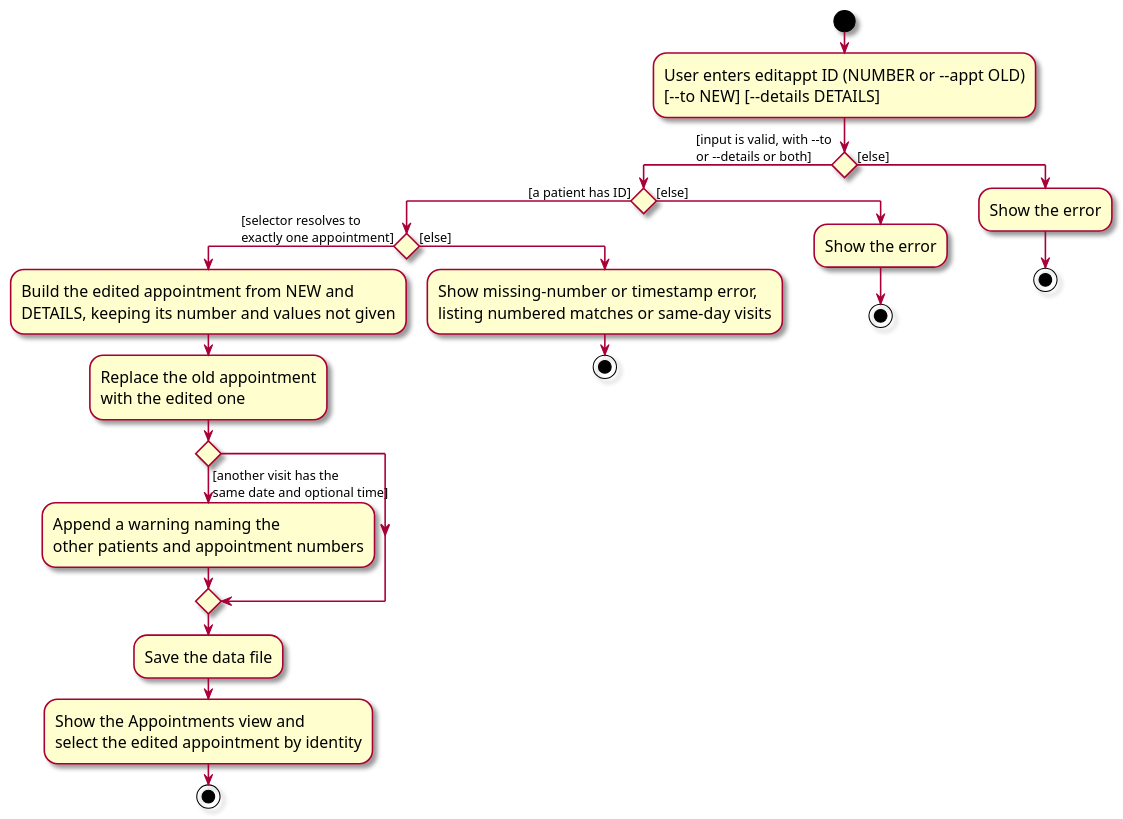
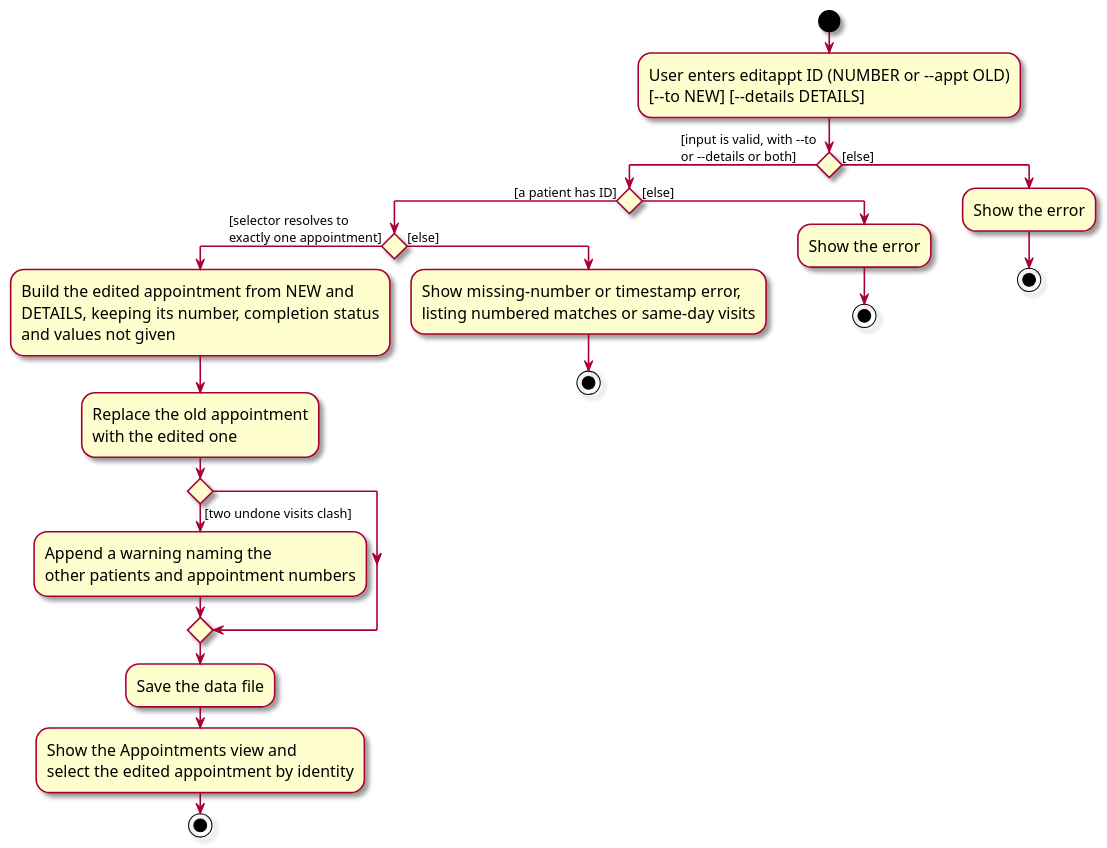
The diagram in docs/diagrams/EditAppointmentActivityDiagram.puml (AY2627S1-CS2103T-F08-2/tp), drawn with PlantUML before and after one commit. The commit also changed 32 other files, not shown here.

```diff
--- a/docs/diagrams/EditAppointmentActivityDiagram.puml
+++ b/docs/diagrams/EditAppointmentActivityDiagram.puml
@@ -1,43 +1,43 @@
 @startuml
 skin rose
 skinparam ActivityFontSize 15
 skinparam ArrowFontSize 12
 start
 :User enters editappt ID (NUMBER or ~--appt OLD)
 [~--to NEW] [~--details DETAILS];
 
 'Since the beta syntax does not support placing the condition outside the
 'diamond we place it as the true branch instead.
 
 if () then ([input is valid, with --to
 or --details or both])
     if () then ([a patient has ID])
         if () then ([selector resolves to
 exactly one appointment])
             :Build the edited appointment from NEW and
-            DETAILS, keeping its number and values not given;
+            DETAILS, keeping its number, completion status
+            and values not given;
             :Replace the old appointment
             with the edited one;
-            if () then ([another visit has the
-same date and optional time])
+            if () then ([two undone visits clash])
                 :Append a warning naming the
                 other patients and appointment numbers;
             endif
             :Save the data file;
             :Show the Appointments view and
             select the edited appointment by identity;
             stop
         else ([else])
             :Show missing-number or timestamp error,
             listing numbered matches or same-day visits;
             stop
         endif
     else ([else])
         :Show the error;
         stop
     endif
 else ([else])
     :Show the error;
     stop
 endif
 @enduml
```
